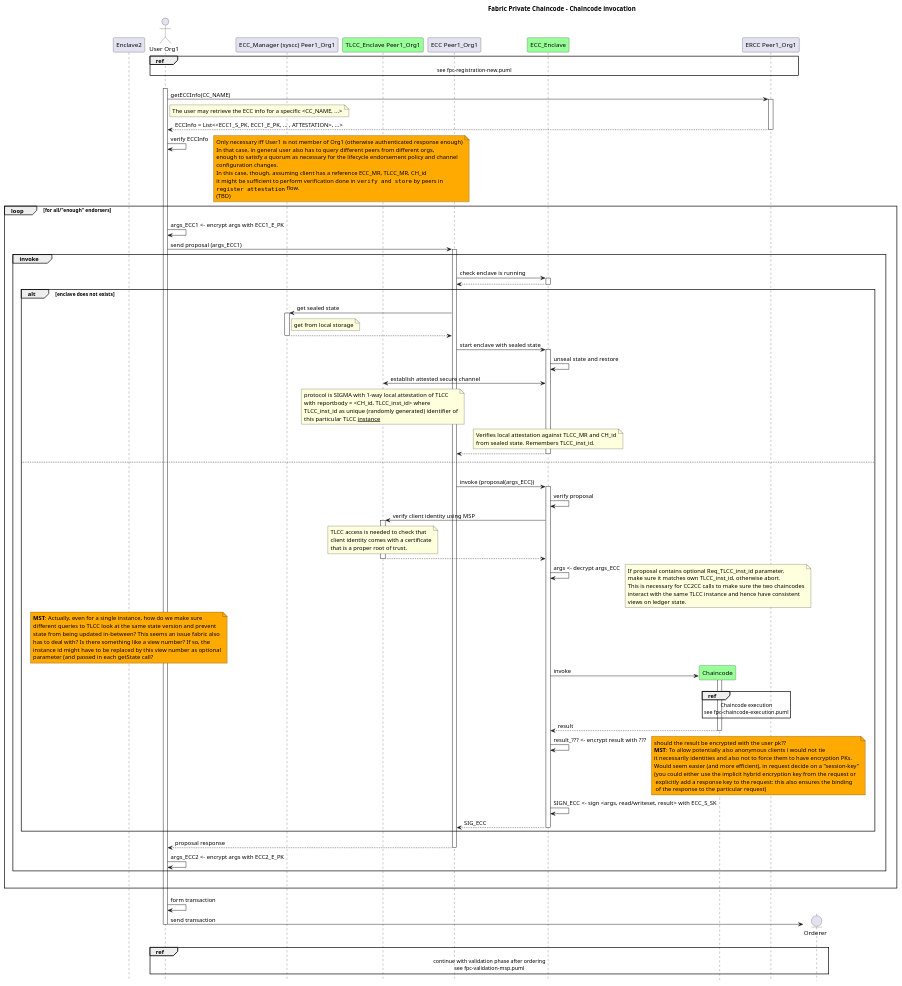
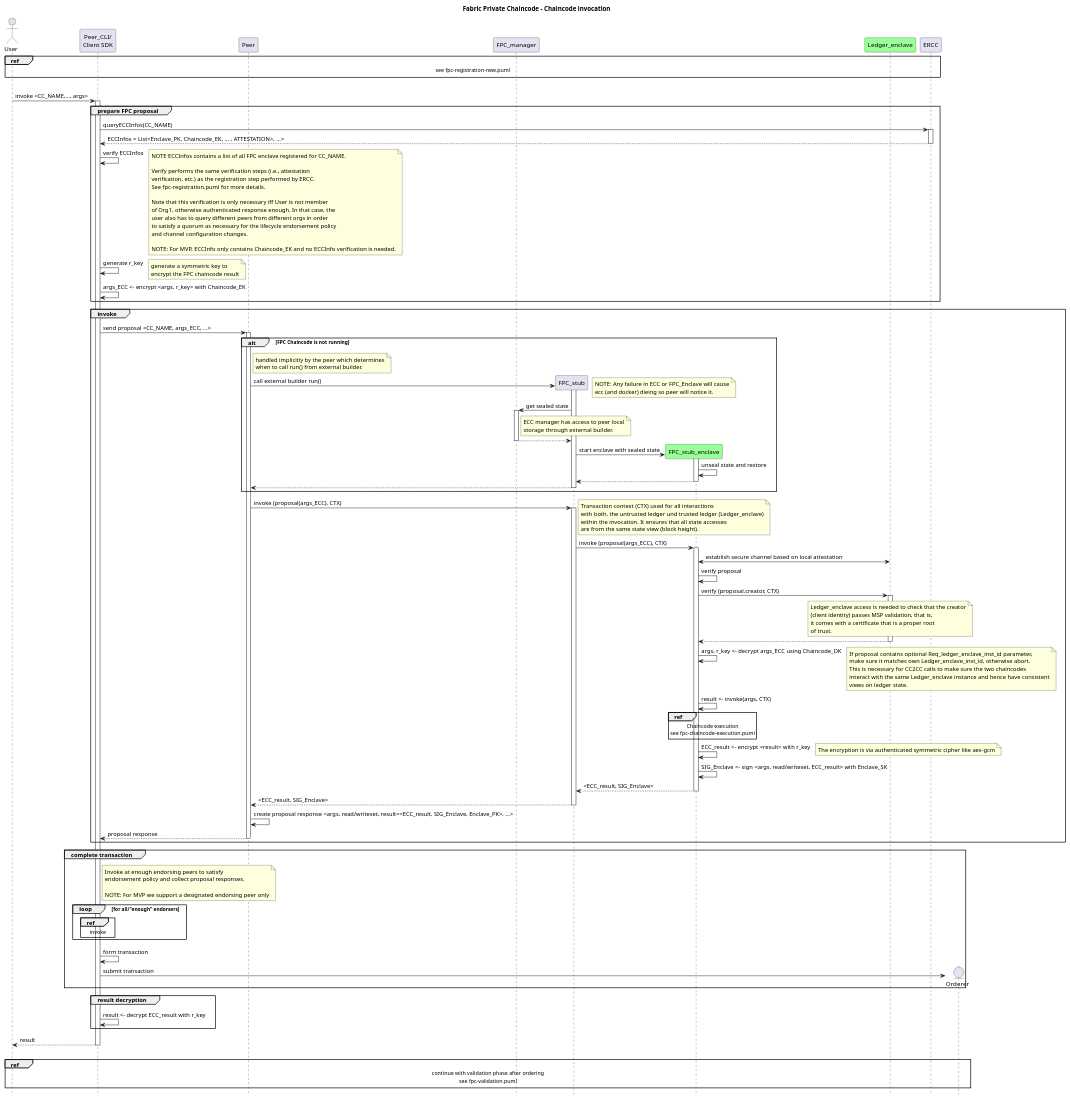
One commit to hyperledger/fabric-private-chaincode changed the diagram in docs/design/fabric-v2+/fpc-cc-invocation.puml. Above: the diagram before and after it, drawn with PlantUML. The commit also changed 1 other file, not shown here.

Commit message:
Update invocation and execution diagrams
* Revist based on HLGF meeting notes
* Cleanup and printer friendly edits
* Remove cc2cc calls from execution diagram
* Resolve open questions regarding response encryption

```diff
--- a/docs/design/fabric-v2+/fpc-cc-invocation.puml
+++ b/docs/design/fabric-v2+/fpc-cc-invocation.puml
@@ -8,165 +8,182 @@
 @startuml
 
 '- force wrapping of longer text
 'skinparam wrapWidth 400
 
 !pragma teoz true
 
 hide footbox
 title Foot Box removed
 
 title Fabric Private Chaincode - Chaincode invocation
 
-actor "User Org1" as User1 order 9
-participant "ECC_Manager (syscc) Peer1_Org1" as Manager1 order 20
+actor "User" as User1 order 9
 
-participant "TLCC_Enclave Peer1_Org1" as TLCC1 order 25 #99FF99
+participant "Peer_CLI/\nClient SDK" as CLI order 10
 
-participant "ECC Peer1_Org1" as ECC1 order 30
-participant "ECC_Enclave" as Enclave1 order 30 #99FF99
+participant "Ledger_enclave" as TLCC1 order 45 #99FF99
 
-participant "ERCC Peer1_Org1" as ERCC1 order 50
-
-'participant "ECC Peer1_Org2" as ECC2 order 60
-'participant "ERCC Peer1_Org2" as ERCC2 order 62
-'
-'participant "ECC Peer1_Org3" as ECC3 order 70
-'participant "ERCC Peer1_Org3" as ERCC3 order 72
+participant "Peer" as Peer order 25
+participant "FPC_manager" as Manager1 order 26
+participant "ERCC" as ERCC1 order 50
 
 ref over User1, ERCC1
   see fpc-registration-new.puml
+  |||
 end ref
 |||
 
-activate User1
+User1 -> CLI ++: invoke <CC_NAME,..., args>
 
-User1 -> ERCC1 ++: getECCInfo(CC_NAME)
-note right User1: The user may retrieve the ECC info for a specific <CC_NAME, ...>
-return ECCInfo = List<<ECC1_S_PK, ECC1_E_PK, ... , ATTESTATION>, ...>
+group prepare FPC proposal
 
-User1 -> User1 : verify ECCInfo
-note right #FFaa00
-  Only necessary iff User1 is not member of Org1 (otherwise authenticated response enough)
-  In that case, in general user also has to query different peers from different orgs,
-  enough to satisfy a quorum as necessary for the lifecycle endorsement policy and channel
-  configuration changes.
-  In this case, though, assuming client has a reference ECC_MR, TLCC_MR, CH_id
-  it might be sufficient to perform verification done in ""verify and store"" by peers in
-  ""register attestation"" flow.
-  (TBD)
+CLI -> ERCC1 ++: queryECCInfos(CC_NAME)
+return ECCInfos = List<Enclave_PK, Chaincode_EK, ... , ATTESTATION>, ...>
+
+CLI -> CLI: verify ECCInfos
+note right
+  NOTE ECCInfos contains a list of all FPC enclave registered for CC_NAME.
+
+  Verify performs the same verification steps (i.e., attestation
+  verification, etc.) as the registration step performed by ERCC.
+  See fpc-registration.puml for more details.
+
+  Note that this verification is only necessary iff User is not member
+  of Org1, otherwise authenticated response enough. In that case, the
+  user also has to query different peers from different orgs in order
+  to satisfy a quorum as necessary for the lifecycle endorsement policy
+  and channel configuration changes.
+
+  NOTE: For MVP, ECCInfo only contains Chaincode_EK and no ECCInfo verification is needed.
 end note
 
+CLI -> CLI : generate r_key
+note right
+    generate a symmetric key to
+    encrypt the FPC chaincode result
+end note
 
-loop for all/"enough" endorsers
+CLI -> CLI : args_ECC <- encrypt <args, r_key> with Chaincode_EK
 
-  User1 -> User1 : args_ECC1 <- encrypt args with ECC1_E_PK
+end
 
-  User1 -> ECC1 ++: send proposal (args_ECC1)
+group invoke
+  CLI -> Peer ++: send proposal <CC_NAME, args_ECC, ...>
 
-  group invoke
+  alt FPC Chaincode is not running
+      note right Peer
+          handled implicitly by the peer which determines
+          when to call run() from external builder.
+      end note
 
-    ECC1 -> Enclave1 ++: check enclave is running
-    return
+      create participant "FPC_stub" as ECC1 order 26
+      Peer -> ECC1 ++: call external builder run()
+      note right
+          NOTE: Any failure in ECC or FPC_Enclave will cause
+          ecc (and docker) dieing so peer will notice it.
+      end note
 
-    alt enclave does not exists
+
       ECC1 -> Manager1 ++: get sealed state
-      note right Manager1 : get from local storage
+      note right Manager1
+        ECC manager has access to peer local
+        storage through external builder.
+      end note
       return
+
+      create participant "FPC_stub_enclave" as Enclave1 order 30 #99FF99
       ECC1 -> Enclave1 ++ : start enclave with sealed state
       Enclave1 -> Enclave1 : unseal state and restore
-      Enclave1 <-> TLCC1: establish attested secure channel
-      note over TLCC1
-        protocol is SIGMA with 1-way local attestation of TLCC
-        with reportbody = <CH_id, TLCC_inst_id> where
-        TLCC_inst_id as unique (randomly generated) identifier of
-        this particular TLCC __instance__
+      return
+      return
+  end
+
+      Peer -> ECC1 ++: invoke (proposal(args_ECC), CTX)
+      note right
+        Transaction context (CTX) used for all interactions
+        with both, the untrusted ledger und trusted ledger (Ledger_enclave)
+        within the invocation. It ensures that all state accesses
+        are from the same state view (block height).
       end note
-      note over Enclave1
-        Verifies local attestation against TLCC_MR and CH_id
-        from sealed state. Remembers TLCC_inst_id.
-      end note
-      return
-    else
-      |||
+      ECC1 -> Enclave1 ++: invoke (proposal(args_ECC), CTX)
 
-      ECC1 -> Enclave1 ++: invoke (proposal(args_ECC))
+      Enclave1 <-> TLCC1: establish secure channel based on local attestation
 
       Enclave1 -> Enclave1 : verify proposal
 
-      Enclave1 -> TLCC1 ++: verify client identity using MSP
+      Enclave1 -> TLCC1 ++: verify (proposal.creator, CTX)
       note over TLCC1
-      TLCC access is needed to check that
-      client identity comes with a certificate
-      that is a proper root of trust.
+      Ledger_enclave access is needed to check that the creator
+      (client identity) passes MSP validation, that is,
+      it comes with a certificate that is a proper root
+      of trust.
       end note
       return
 
 
-      Enclave1 -> Enclave1 : args <- decrypt args_ECC
+      Enclave1 -> Enclave1 : args, r_key <- decrypt args_ECC using Chaincode_DK
 
       note right
-        If proposal contains optional Req_TLCC_inst_id parameter,
-        make sure it matches own TLCC_inst_id, otherwise abort.
+        If proposal contains optional Req_ledger_enclave_inst_id parameter,
+        make sure it matches own Ledger_enclave_inst_id, otherwise abort.
         This is necessary for CC2CC calls to make sure the two chaincodes
-        interact with the same TLCC instance and hence have consistent
+        interact with the same Ledger_enclave instance and hence have consistent
         views on ledger state.
       end note
-      note over Enclave2 #FFaa00
-        **MST**: Actually, even for a single instance, how do we make sure
-        different queries to TLCC look at the same state version and prevent
-        state from being updated in-between? This seems an issue fabric also
-        has to deal with? Is there something like a view number? If so, the
-        instance id might have to be replaced by this view number as optional
-        parameter (and passed in each getState call?
-      end note
 
-      create participant "Chaincode" as Chaincode order 30 #99FF99
-      Enclave1 -> Chaincode ++ : invoke
-      |||
-      ref over Chaincode
+      Enclave1 -> Enclave1: result <- invoke(args, CTX)
+      ref over Enclave1
         Chaincode execution
         see fpc-chaincode-execution.puml
       end ref
 
-      return result
 
+      Enclave1 -> Enclave1 : ECC_result <- encrypt <result> with r_key
+      note right
+        The encryption is via authenticated symmetric cipher like aes-gcm
+      end note
+      Enclave1 -> Enclave1 : SIG_Enclave <- sign <args, read/writeset, ECC_result> with Enclave_SK
+      return <ECC_result, SIG_Enclave>
 
-      Enclave1 -> Enclave1 : result_??? <- encrypt result with ???
-      note right #FFaa00
-        should the result be encrypted with the user pk??
-        **MST**: To allow potentially also anonymous clients i would not tie
-        it necessarily identities and also not to force them to have encryption PKs.
-        Would seem easier (and more efficient), in request decide on a "session-key"
-        (you could either use the implicit hybrid encryption key from the request or
-         explicitly add a response key to the request: this also ensures the binding
-         of the response to the particular request)
-      end note
-      Enclave1 -> Enclave1 : SIGN_ECC <- sign <args, read/writeset, result> with ECC_S_SK
-      return SIG_ECC
+    return <ECC_result, SIG_Enclave>
 
-    end
+    Peer -> Peer : create proposal response <args, read/writeset, result=<ECC_result, SIG_Enclave, Enclave_PK>, ...>
 
     return proposal response
+end
 
-    User1 -> User1 : args_ECC2 <- encrypt args with ECC2_E_PK
+group complete transaction
+    note right CLI
+        Invoke at enough endorsing peers to satisfy
+        endorsement policy and collect proposal responses.
 
-  end
-    |||
+        NOTE: For MVP we support a designated endorsing peer only
+    end note
+    loop for all/"enough" endorsers
 
+        ref over CLI
+            invoke
+        end
+    end
+    CLI -> CLI : form transaction
+
+    create entity Orderer order 100
+    CLI -> Orderer : submit transaction
+end
+
+group result decryption
+    CLI -> CLI : result <- decrypt ECC_result with r_key
 end
 
 
-User1 -> User1 : form transaction
+return result
 
-create entity Orderer order 100
-User1 -> Orderer : send transaction
-
-deactivate User1
 |||
 
 ref over User1, Orderer
     continue with validation phase after ordering
-    see fpc-validation-msp.puml
+    see fpc-validation.puml
+    |||
 end ref
 
 @enduml
```
